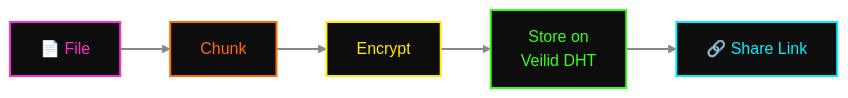
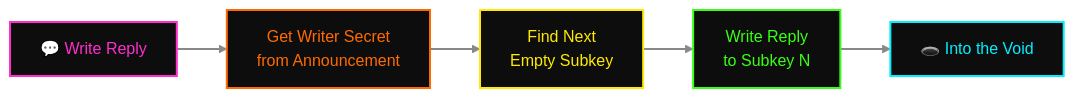
One commit to forria64/voidpost changed the second of 7 diagrams in README.md. Above: the diagram before and after it, drawn with Mermaid. The commit also changed other lines of this file and 14 other files, not shown here.

Commit message:
docs: redesign as anonymous imageboard on Veilid DHT, drop previous file-sharing implementation

````diff
--- a/README.md
+++ b/README.md
@@ -98,15 +215,15 @@
 ```mermaid
 flowchart LR
-  A["📄 File"] --> B["Chunk"]
-  B --> C["Encrypt"]
-  C --> D["Store on\nVeilid DHT"]
-  D --> E["🔗 Share Link"]
+  A["💬 Write Reply"] --> B["Get Writer Secret\nfrom Announcement"]
+  B --> C["Find Next\nEmpty Subkey"]
+  C --> D["Write Reply\nto Subkey N"]
+  D --> E["🕳️ Into the Void"]
 
   style A fill:#0d0d0d,stroke:#ff2ecc,stroke-width:2px,color:#ff2ecc
   style B fill:#0d0d0d,stroke:#ff6b00,stroke-width:2px,color:#ff6b00
   style C fill:#0d0d0d,stroke:#ffea00,stroke-width:2px,color:#ffea00
   style D fill:#0d0d0d,stroke:#39ff14,stroke-width:2px,color:#39ff14
   style E fill:#0d0d0d,stroke:#00f0ff,stroke-width:2px,color:#00f0ff
 
   linkStyle default stroke:#888,stroke-width:2px
 ```
````
